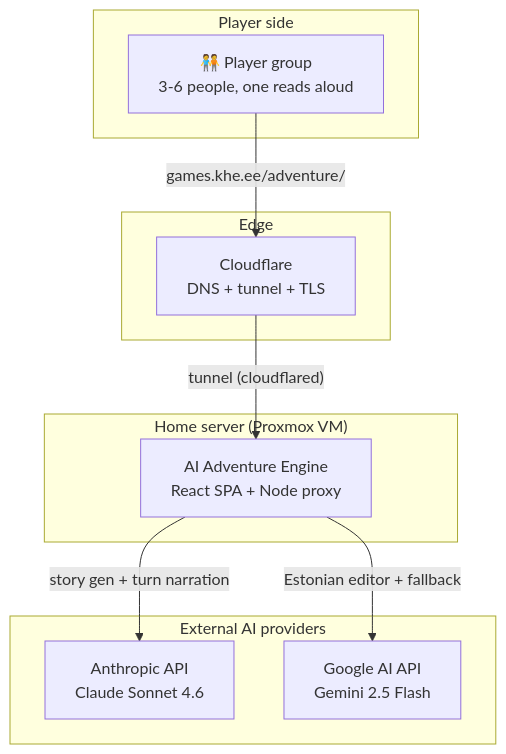
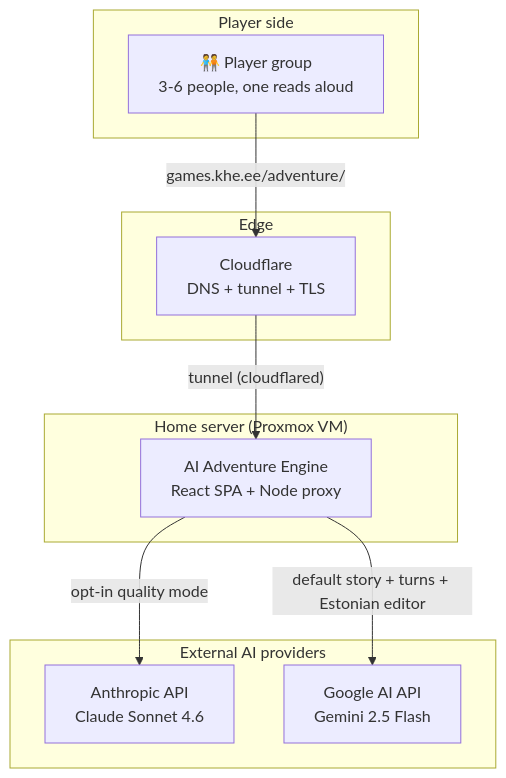
One commit to khelias/ai-adventure-engine changed the first of 7 diagrams in docs/ARCHITECTURE.md. Above: the diagram before and after it, drawn with Mermaid. The commit also changed other lines of this file and 17 other files, not shown here.

````diff
--- a/docs/ARCHITECTURE.md
+++ b/docs/ARCHITECTURE.md
@@ -9,24 +9,24 @@
 ```mermaid
 flowchart TB
     subgraph "Player side"
         Group["🧑‍🤝‍🧑 Player group<br/>3-6 people, one reads aloud"]
     end
 
     subgraph "Edge"
         CF["Cloudflare<br/>DNS + tunnel + TLS"]
     end
 
     subgraph "Home server (Proxmox VM)"
         Engine["AI Adventure Engine<br/>React SPA + Node proxy"]
     end
 
     subgraph "External AI providers"
         Anthropic["Anthropic API<br/>Claude Sonnet 4.6"]
         Google["Google AI API<br/>Gemini 2.5 Flash"]
     end
 
     Group -->|"games.khe.ee/adventure/"| CF
     CF -->|"tunnel (cloudflared)"| Engine
-    Engine -->|"story gen + turn narration"| Anthropic
-    Engine -->|"Estonian editor + fallback"| Google
+    Engine -->|"opt-in quality mode"| Anthropic
+    Engine -->|"default story + turns + Estonian editor"| Google
 ```
````
